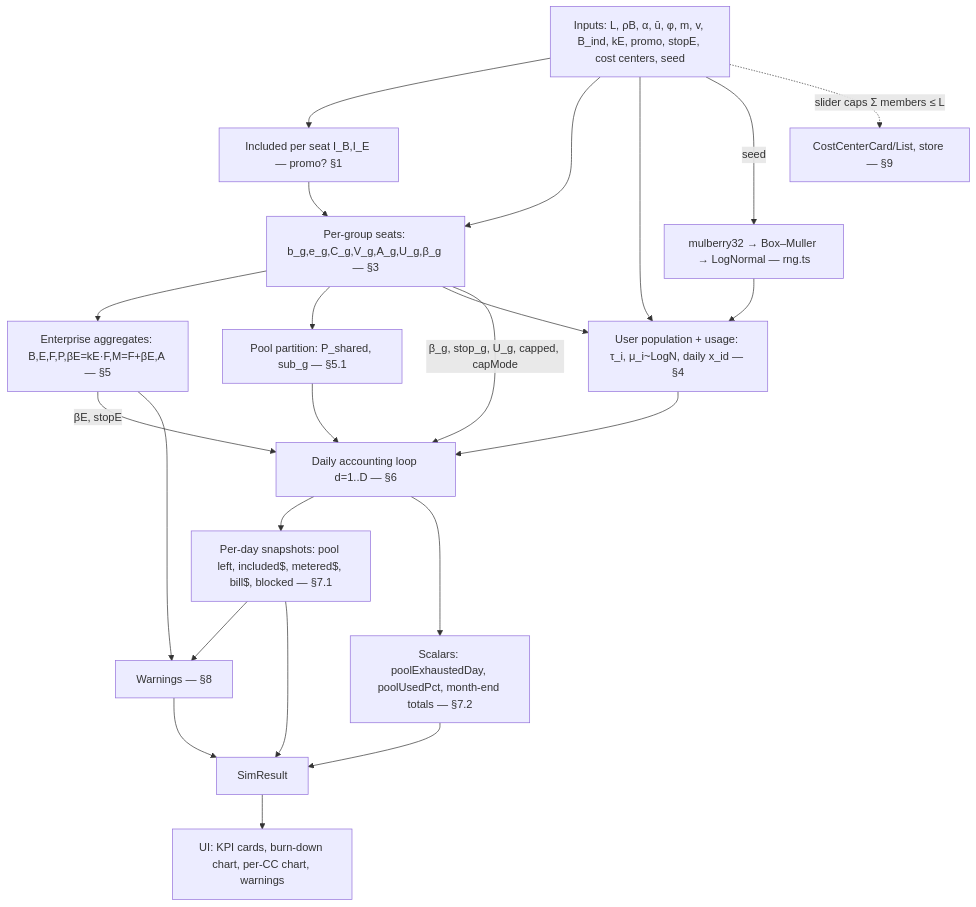
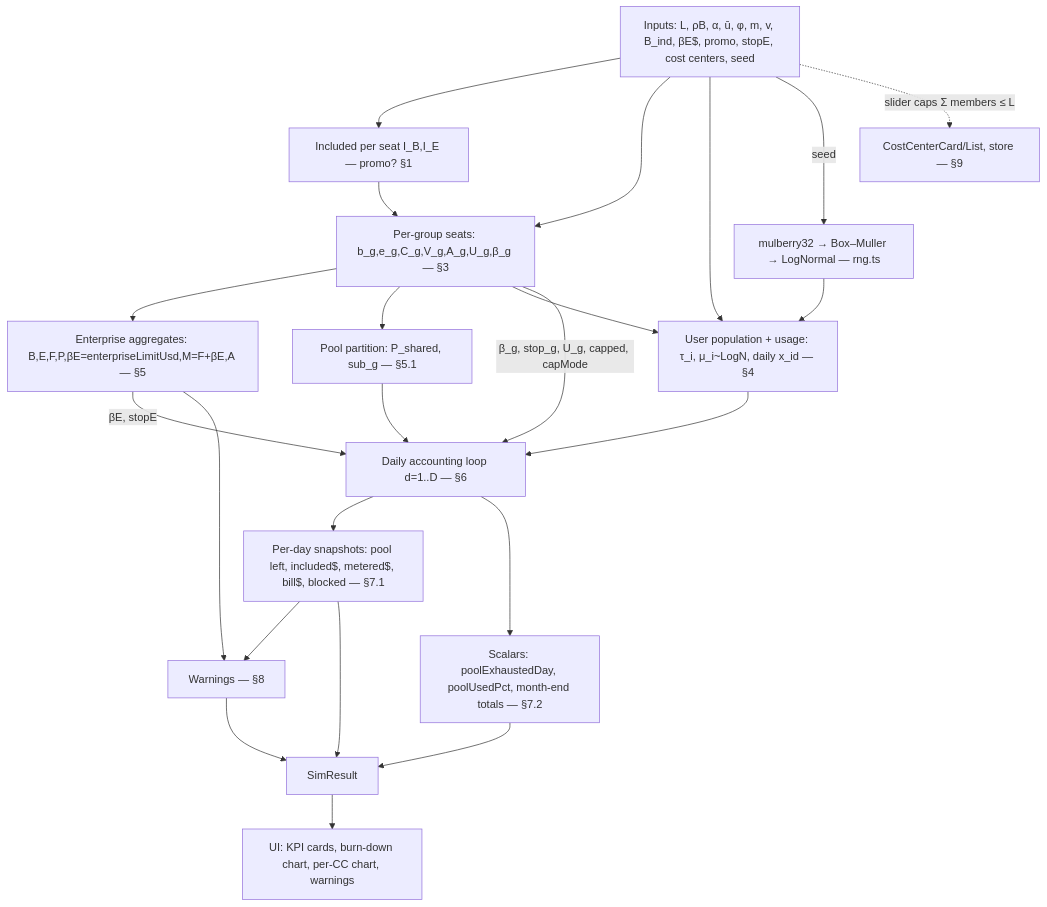
The diagram in docs/simulation-engine.md (webmaxru/finops-copilot), drawn with Mermaid before and after one commit. The commit also changed other lines of this file and 9 other files, not shown here.

First line of the commit message:
Enterprise limit becomes an absolute USD budget (slider 0..max)

````diff
--- a/docs/simulation-engine.md
+++ b/docs/simulation-engine.md
@@ -7,32 +7,32 @@
 ```mermaid
 graph TD
-  IN[Inputs: L, ρB, α, ū, φ, m, v, B_ind, kE, promo, stopE, cost centers, seed]
+  IN[Inputs: L, ρB, α, ū, φ, m, v, B_ind, βE$, promo, stopE, cost centers, seed]
 
   IN --> INCL[Included per seat I_B,I_E — promo? §1]
   IN --> GRP[Per-group seats: b_g,e_g,C_g,V_g,A_g,U_g,β_g — §3]
   INCL --> GRP
 
-  GRP --> AGG[Enterprise aggregates: B,E,F,P,βE=kE·F,M=F+βE,A — §5]
+  GRP --> AGG[Enterprise aggregates: B,E,F,P,βE=enterpriseLimitUsd,M=F+βE,A — §5]
   GRP --> POOL[Pool partition: P_shared, sub_g — §5.1]
 
   IN --> USERS[User population + usage: τ_i, μ_i~LogN, daily x_id — §4]
   GRP --> USERS
   IN -->|seed| RNG[mulberry32 → Box–Muller → LogNormal — rng.ts]
   RNG --> USERS
 
   USERS --> LOOP[Daily accounting loop d=1..D — §6]
   POOL --> LOOP
   AGG -->|βE, stopE| LOOP
   GRP -->|β_g, stop_g, U_g, capped, capMode| LOOP
 
   LOOP --> SNAP[Per-day snapshots: pool left, included$, metered$, bill$, blocked — §7.1]
   LOOP --> SCAL[Scalars: poolExhaustedDay, poolUsedPct, month-end totals — §7.2]
   SNAP --> WARN[Warnings — §8]
   AGG --> WARN
   SNAP --> OUT[SimResult]
   SCAL --> OUT
   WARN --> OUT
 
   OUT --> UI[UI: KPI cards, burn-down chart, per-CC chart, warnings]
   IN -. slider caps Σ members ≤ L .-> UILIM[CostCenterCard/List, store — §9]
 ```
````
